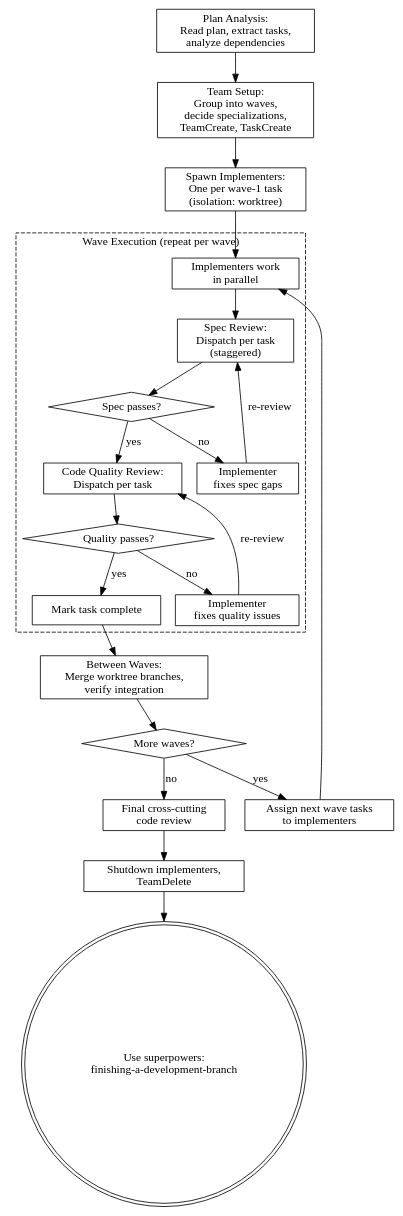
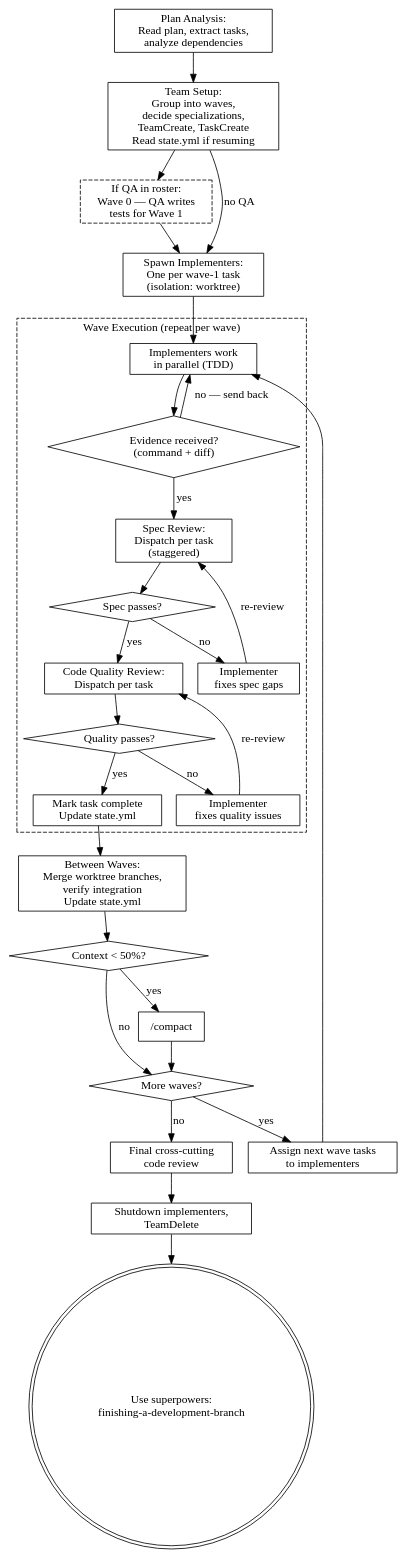
Before and after one commit to rahulsc/superpowers: the diagram in skills/agent-team-driven-development/SKILL.md, drawn with Graphviz. The commit also changed other lines of this file and 3 other files, not shown here.

First line of the commit message:
feat(agent-team-driven-development): add pipelined TDD and evidence gates

````diff
--- a/skills/agent-team-driven-development/SKILL.md
+++ b/skills/agent-team-driven-development/SKILL.md
@@ -76,51 +148,62 @@
 ```dot
 digraph agent_team {
     rankdir=TB;
     node [shape=box];
 
     plan_analysis [label="Plan Analysis:\nRead plan, extract tasks,\nanalyze dependencies"];
-    team_setup [label="Team Setup:\nGroup into waves,\ndecide specializations,\nTeamCreate, TaskCreate"];
+    team_setup [label="Team Setup:\nGroup into waves,\ndecide specializations,\nTeamCreate, TaskCreate\nRead state.yml if resuming"];
+    qa_wave0 [label="If QA in roster:\nWave 0 — QA writes\ntests for Wave 1" style=dashed];
     spawn [label="Spawn Implementers:\nOne per wave-1 task\n(isolation: worktree)"];
 
     subgraph cluster_wave {
         label="Wave Execution (repeat per wave)";
         style=dashed;
 
-        implement [label="Implementers work\nin parallel"];
+        implement [label="Implementers work\nin parallel (TDD)"];
+        evidence_check [label="Evidence received?\n(command + diff)" shape=diamond];
         spec_review [label="Spec Review:\nDispatch per task\n(staggered)"];
         spec_pass [label="Spec passes?" shape=diamond];
         fix_spec [label="Implementer\nfixes spec gaps"];
         code_review [label="Code Quality Review:\nDispatch per task"];
         code_pass [label="Quality passes?" shape=diamond];
         fix_quality [label="Implementer\nfixes quality issues"];
-        task_complete [label="Mark task complete"];
+        task_complete [label="Mark task complete\nUpdate state.yml"];
     }
 
-    merge [label="Between Waves:\nMerge worktree branches,\nverify integration"];
+    merge [label="Between Waves:\nMerge worktree branches,\nverify integration\nUpdate state.yml"];
+    context_check [label="Context < 50%?" shape=diamond];
+    compact [label="/compact"];
     wave_check [label="More waves?" shape=diamond];
     next_wave [label="Assign next wave tasks\nto implementers"];
     final_review [label="Final cross-cutting\ncode review"];
     shutdown [label="Shutdown implementers,\nTeamDelete"];
     finish [label="Use superpowers:\nfinishing-a-development-branch" shape=doublecircle];
 
     plan_analysis -> team_setup;
-    team_setup -> spawn;
+    team_setup -> qa_wave0;
+    qa_wave0 -> spawn;
+    team_setup -> spawn [label="no QA"];
     spawn -> implement;
-    implement -> spec_review;
+    implement -> evidence_check;
+    evidence_check -> spec_review [label="yes"];
+    evidence_check -> implement [label="no — send back"];
     spec_review -> spec_pass;
     spec_pass -> fix_spec [label="no"];
     fix_spec -> spec_review [label="re-review"];
     spec_pass -> code_review [label="yes"];
     code_review -> code_pass;
     code_pass -> fix_quality [label="no"];
     fix_quality -> code_review [label="re-review"];
     code_pass -> task_complete [label="yes"];
     task_complete -> merge;
-    merge -> wave_check;
+    merge -> context_check;
+    context_check -> compact [label="yes"];
+    compact -> wave_check;
+    context_check -> wave_check [label="no"];
     wave_check -> next_wave [label="yes"];
     next_wave -> implement;
     wave_check -> final_review [label="no"];
     final_review -> shutdown;
     shutdown -> finish;
 }
 ```
````
